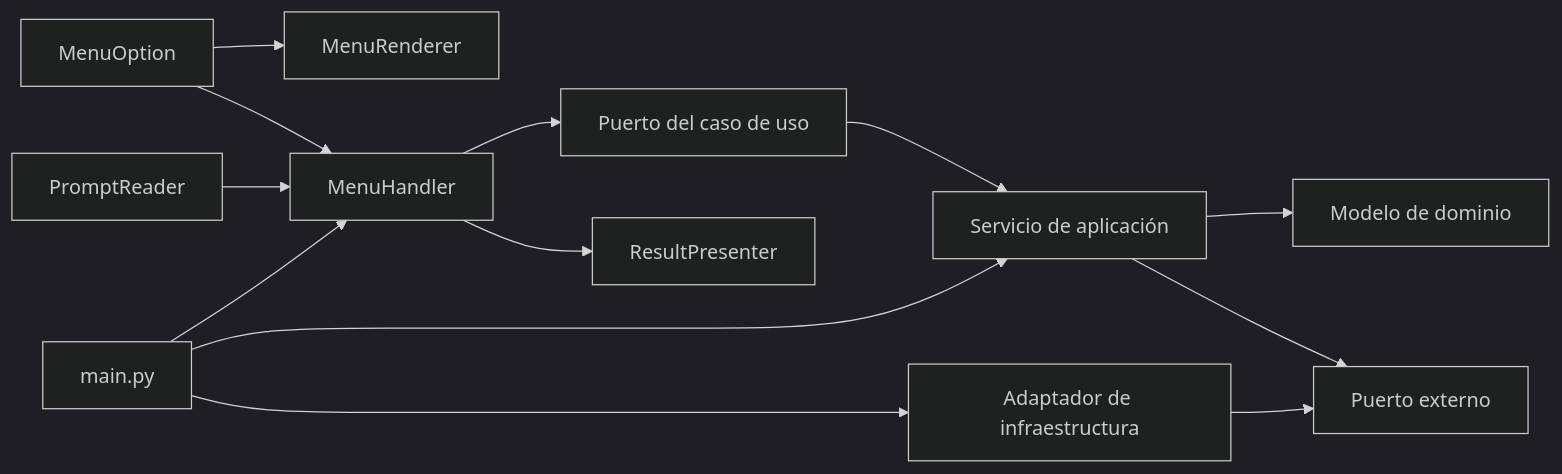
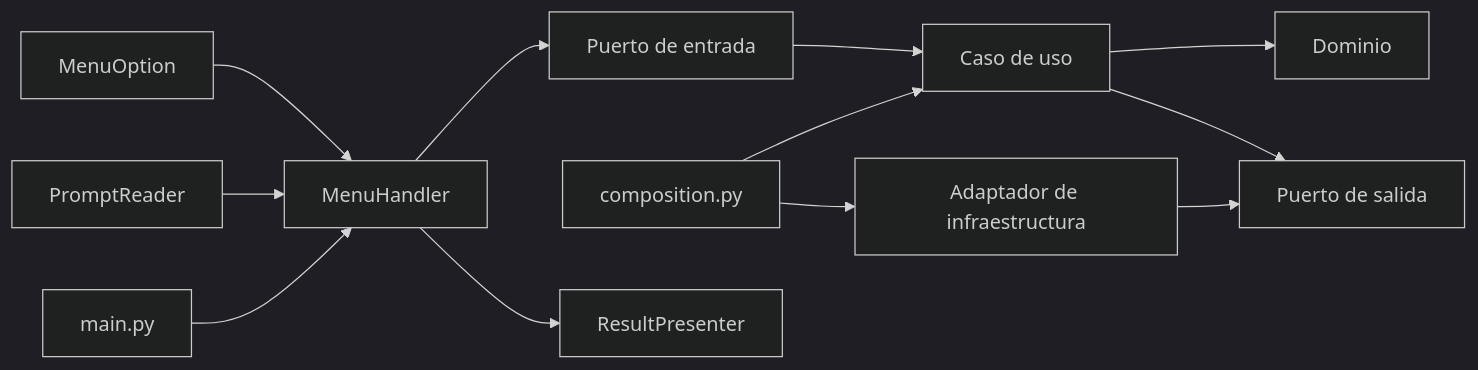
The diagram in docs/adding-cli-option.md (AlexAlgarate/strava_analisys), drawn with Mermaid (dark theme) before and after one commit. The commit also changed other lines of this file and 3 other files, not shown here.

Commit message:
docs(architecture): describe final application layers

````diff
--- a/docs/adding-cli-option.md
+++ b/docs/adding-cli-option.md
@@ -26,15 +18,14 @@
 ```mermaid
 flowchart LR
-    Option["MenuOption"] --> Renderer["MenuRenderer"]
-    Option --> Handler["MenuHandler"]
+    Option["MenuOption"] --> Handler["MenuHandler"]
     Prompt["PromptReader"] --> Handler
-    Handler --> UseCase["Puerto del caso de uso"]
-    UseCase --> Core["Servicio de aplicación"]
-    Core --> Domain["Modelo de dominio"]
-    Core --> External["Puerto externo"]
-    Adapter["Adaptador de infraestructura"] --> External
+    Handler --> Input["Puerto de entrada"]
+    Input --> UseCase["Caso de uso"]
+    UseCase --> Domain["Dominio"]
+    UseCase --> Output["Puerto de salida"]
+    Adapter["Adaptador de infraestructura"] --> Output
+    Composition["composition.py"] --> UseCase
+    Composition --> Adapter
     Main["main.py"] --> Handler
-    Main --> Core
-    Main --> Adapter
     Handler --> Presenter["ResultPresenter"]
 ```
````
